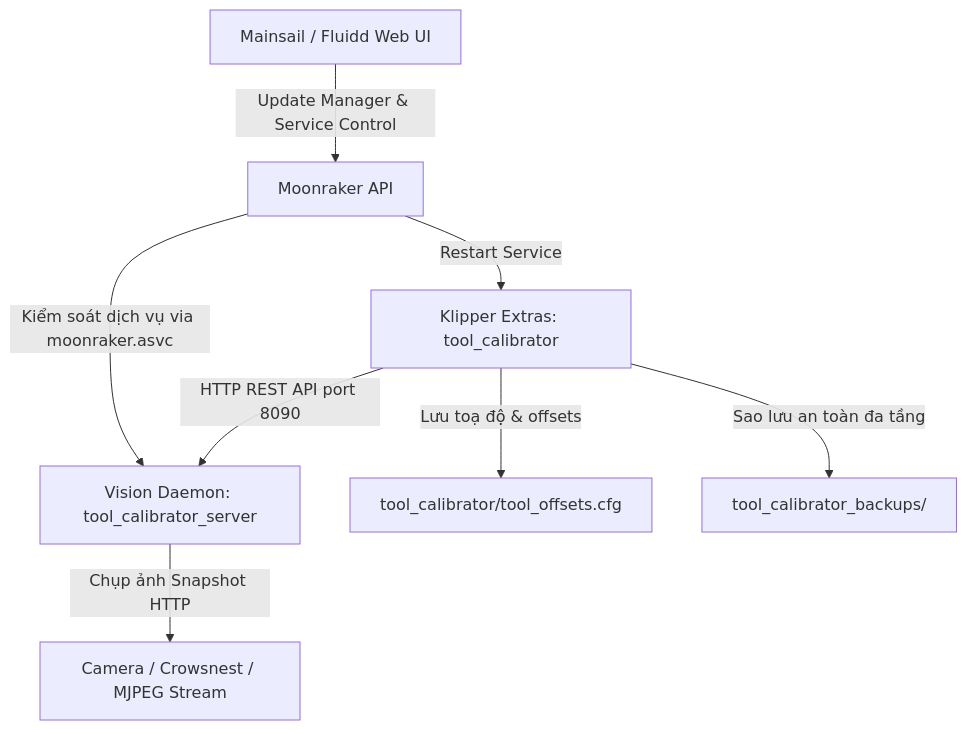
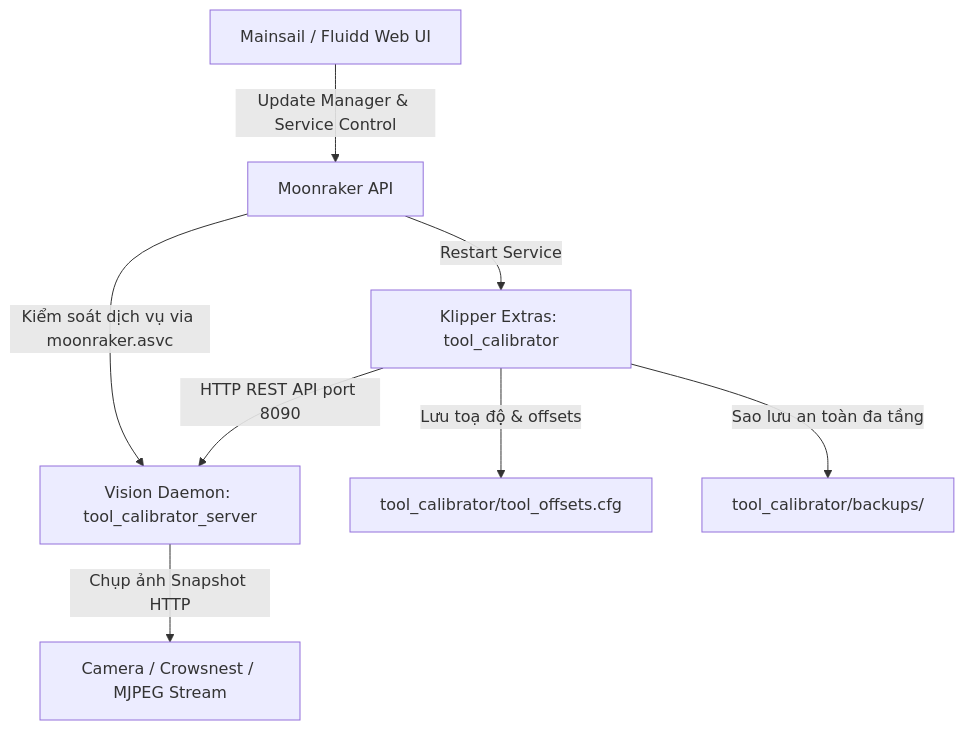
One commit to IDcrazy123/Tool-Klipper-Calibration changed the diagram in docs/HUONG_DAN_CAI_DAT_VA_CAP_NHAT.md. Above: the diagram before and after it, drawn with Mermaid. The commit also changed other lines of this file and 11 other files, not shown here.

Commit message:
feat(cartographer): default to speed-up safe_z 0.0 when commented and consolidate backups into tool_calibrator/backups

````diff
--- a/docs/HUONG_DAN_CAI_DAT_VA_CAP_NHAT.md
+++ b/docs/HUONG_DAN_CAI_DAT_VA_CAP_NHAT.md
@@ -12,10 +12,10 @@
 ```mermaid
 graph TD
     A[Klipper Extras: tool_calibrator] -->|HTTP REST API port 8090| B[Vision Daemon: tool_calibrator_server]
     B -->|Chụp ảnh Snapshot HTTP| C[Camera / Crowsnest / MJPEG Stream]
     D[Mainsail / Fluidd Web UI] -->|Update Manager & Service Control| E[Moonraker API]
     E -->|Kiểm soát dịch vụ via moonraker.asvc| B
     E -->|Restart Service| A
     A -->|Lưu toạ độ & offsets| F[tool_calibrator/tool_offsets.cfg]
-    A -->|Sao lưu an toàn đa tầng| G[tool_calibrator_backups/]
+    A -->|Sao lưu an toàn đa tầng| G[tool_calibrator/backups/]
 ```
````
